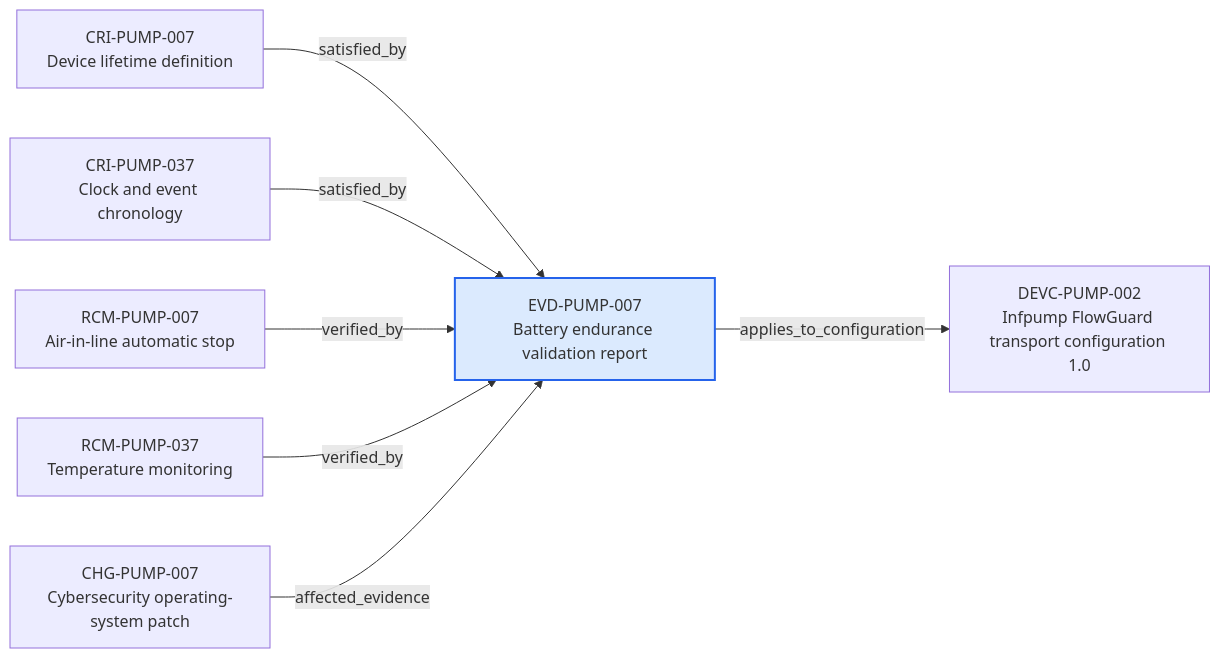
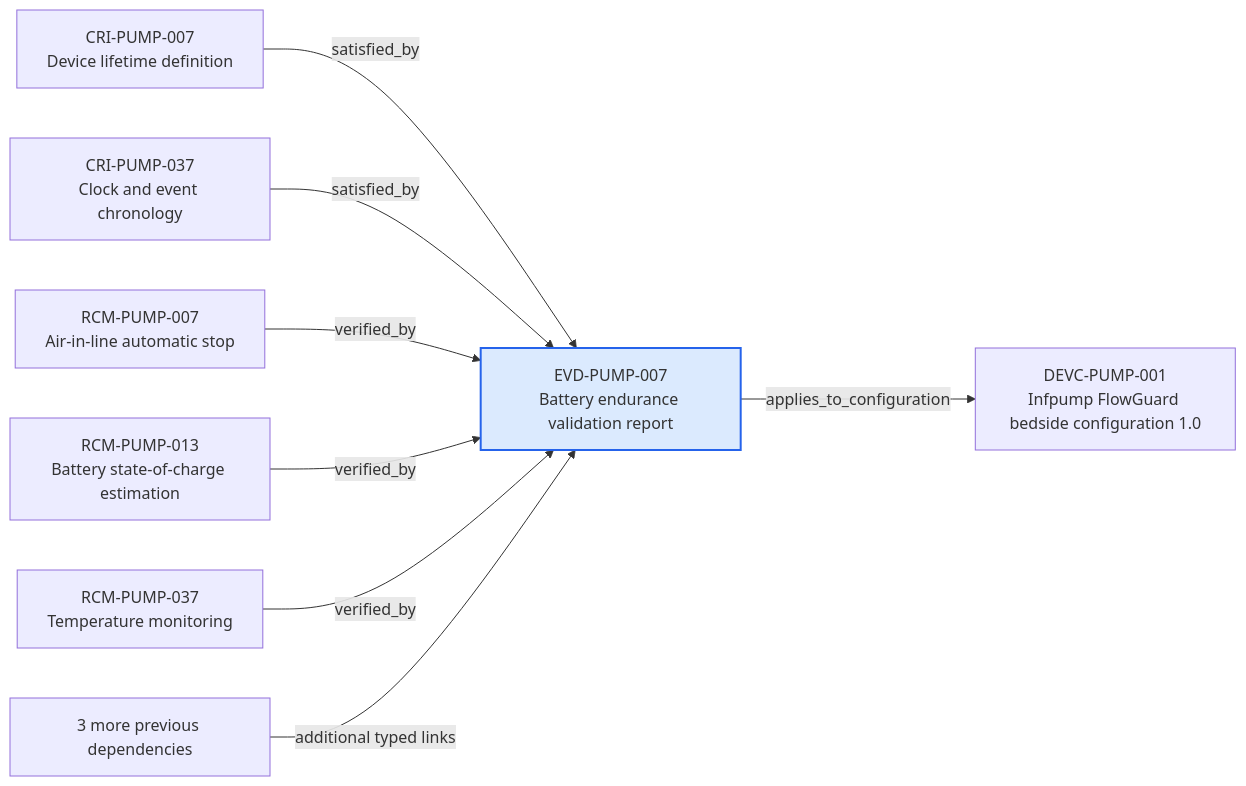
The diagram in content/06-Infpump FlowGuard ontology notes/verification-evidence/EVD-PUMP-007-battery-endurance-validation-report.md (mvattulainen/mdrontology), drawn with Mermaid before and after one commit. The commit also changed other lines of this file and 30 other files, not shown here.

````diff
--- a/content/06-Infpump FlowGuard ontology notes/verification-evidence/EVD-PUMP-007-battery-endurance-validation-report.md
+++ b/content/06-Infpump FlowGuard ontology notes/verification-evidence/EVD-PUMP-007-battery-endurance-validation-report.md
@@ -73,18 +73,20 @@
 ```mermaid
 flowchart LR
   CURRENT["EVD-PUMP-007<br/>Battery endurance validation report"]
   PREV0["CRI-PUMP-007<br/>Device lifetime definition"]
   PREV0 -->|"satisfied_by"| CURRENT
   PREV1["CRI-PUMP-037<br/>Clock and event chronology"]
   PREV1 -->|"satisfied_by"| CURRENT
   PREV2["RCM-PUMP-007<br/>Air-in-line automatic stop"]
   PREV2 -->|"verified_by"| CURRENT
-  PREV3["RCM-PUMP-037<br/>Temperature monitoring"]
+  PREV3["RCM-PUMP-013<br/>Battery state-of-charge estimation"]
   PREV3 -->|"verified_by"| CURRENT
-  PREV4["CHG-PUMP-007<br/>Cybersecurity operating-system patch"]
-  PREV4 -->|"affected_evidence"| CURRENT
-  NEXT0["DEVC-PUMP-002<br/>Infpump FlowGuard transport configuration 1.0"]
+  PREV4["RCM-PUMP-037<br/>Temperature monitoring"]
+  PREV4 -->|"verified_by"| CURRENT
+  PREV_MORE["3 more previous dependencies"]
+  PREV_MORE -->|"additional typed links"| CURRENT
+  NEXT0["DEVC-PUMP-001<br/>Infpump FlowGuard bedside configuration 1.0"]
   CURRENT -->|"applies_to_configuration"| NEXT0
   classDef current fill:#dbeafe,stroke:#2563eb,stroke-width:2px
   class CURRENT current
 ```
````
